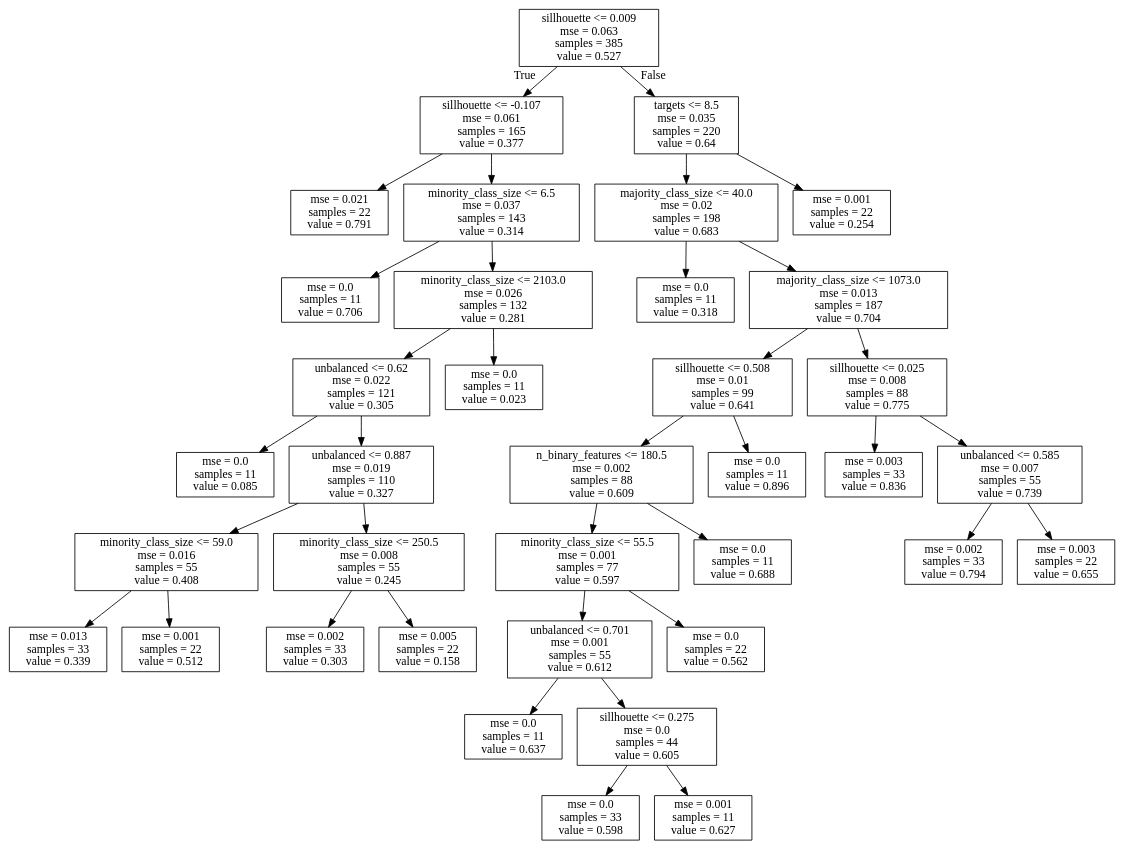
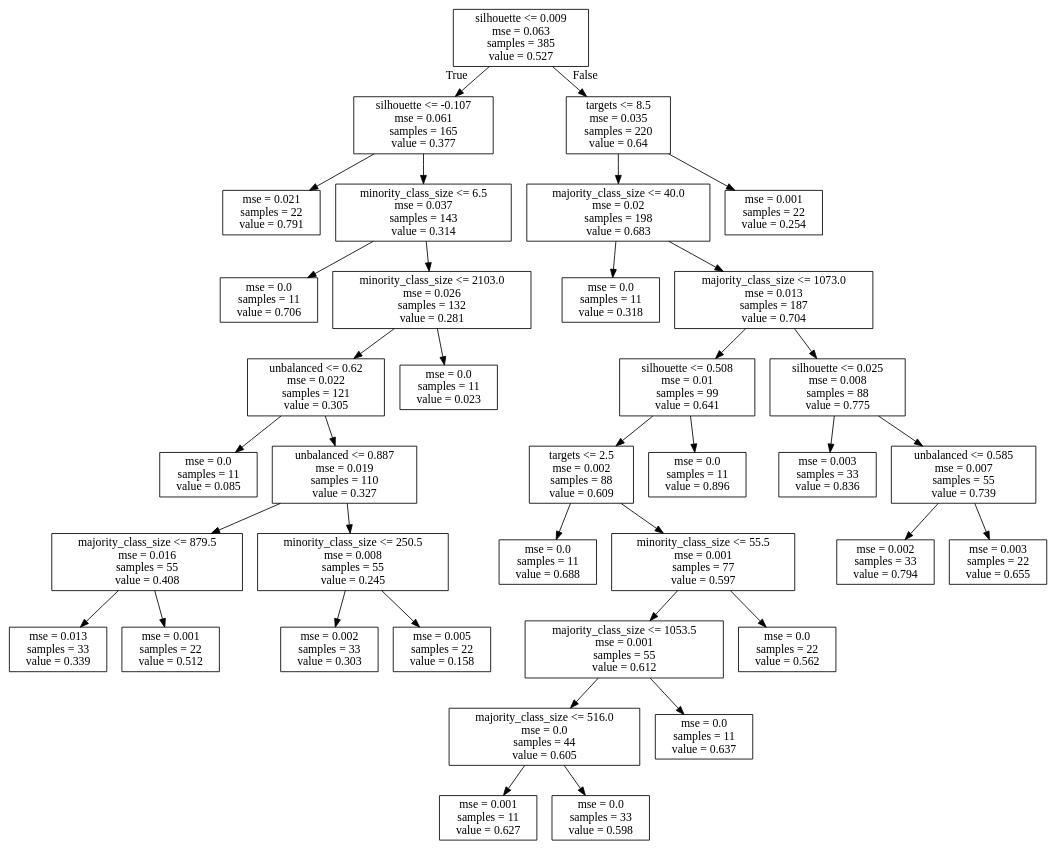
One commit to rsboos/DistributedClassifier changed the diagram in analysis/learning/regression/results/trees/arb_svc_mdic_f1_scores.dot. Above: the diagram before and after it, drawn with Graphviz. The commit also changed 147 other files, not shown here.

```diff
--- a/analysis/learning/regression/results/trees/arb_svc_mdic_f1_scores.dot
+++ b/analysis/learning/regression/results/trees/arb_svc_mdic_f1_scores.dot
@@ -1,76 +1,76 @@
 digraph Tree {
 node [shape=box] ;
-0 [label="sillhouette <= 0.009\nmse = 0.063\nsamples = 385\nvalue = 0.527"] ;
-1 [label="sillhouette <= -0.107\nmse = 0.061\nsamples = 165\nvalue = 0.377"] ;
+0 [label="silhouette <= 0.009\nmse = 0.063\nsamples = 385\nvalue = 0.527"] ;
+1 [label="silhouette <= -0.107\nmse = 0.061\nsamples = 165\nvalue = 0.377"] ;
 0 -> 1 [labeldistance=2.5, labelangle=45, headlabel="True"] ;
 2 [label="mse = 0.021\nsamples = 22\nvalue = 0.791"] ;
 1 -> 2 ;
 3 [label="minority_class_size <= 6.5\nmse = 0.037\nsamples = 143\nvalue = 0.314"] ;
 1 -> 3 ;
 4 [label="mse = 0.0\nsamples = 11\nvalue = 0.706"] ;
 3 -> 4 ;
 5 [label="minority_class_size <= 2103.0\nmse = 0.026\nsamples = 132\nvalue = 0.281"] ;
 3 -> 5 ;
 6 [label="unbalanced <= 0.62\nmse = 0.022\nsamples = 121\nvalue = 0.305"] ;
 5 -> 6 ;
 7 [label="mse = 0.0\nsamples = 11\nvalue = 0.085"] ;
 6 -> 7 ;
 8 [label="unbalanced <= 0.887\nmse = 0.019\nsamples = 110\nvalue = 0.327"] ;
 6 -> 8 ;
-9 [label="minority_class_size <= 59.0\nmse = 0.016\nsamples = 55\nvalue = 0.408"] ;
+9 [label="majority_class_size <= 879.5\nmse = 0.016\nsamples = 55\nvalue = 0.408"] ;
 8 -> 9 ;
 10 [label="mse = 0.013\nsamples = 33\nvalue = 0.339"] ;
 9 -> 10 ;
 11 [label="mse = 0.001\nsamples = 22\nvalue = 0.512"] ;
 9 -> 11 ;
 12 [label="minority_class_size <= 250.5\nmse = 0.008\nsamples = 55\nvalue = 0.245"] ;
 8 -> 12 ;
 13 [label="mse = 0.002\nsamples = 33\nvalue = 0.303"] ;
 12 -> 13 ;
 14 [label="mse = 0.005\nsamples = 22\nvalue = 0.158"] ;
 12 -> 14 ;
 15 [label="mse = 0.0\nsamples = 11\nvalue = 0.023"] ;
 5 -> 15 ;
 16 [label="targets <= 8.5\nmse = 0.035\nsamples = 220\nvalue = 0.64"] ;
 0 -> 16 [labeldistance=2.5, labelangle=-45, headlabel="False"] ;
 17 [label="majority_class_size <= 40.0\nmse = 0.02\nsamples = 198\nvalue = 0.683"] ;
 16 -> 17 ;
 18 [label="mse = 0.0\nsamples = 11\nvalue = 0.318"] ;
 17 -> 18 ;
 19 [label="majority_class_size <= 1073.0\nmse = 0.013\nsamples = 187\nvalue = 0.704"] ;
 17 -> 19 ;
-20 [label="sillhouette <= 0.508\nmse = 0.01\nsamples = 99\nvalue = 0.641"] ;
+20 [label="silhouette <= 0.508\nmse = 0.01\nsamples = 99\nvalue = 0.641"] ;
 19 -> 20 ;
-21 [label="n_binary_features <= 180.5\nmse = 0.002\nsamples = 88\nvalue = 0.609"] ;
+21 [label="targets <= 2.5\nmse = 0.002\nsamples = 88\nvalue = 0.609"] ;
 20 -> 21 ;
-22 [label="minority_class_size <= 55.5\nmse = 0.001\nsamples = 77\nvalue = 0.597"] ;
+22 [label="mse = 0.0\nsamples = 11\nvalue = 0.688"] ;
 21 -> 22 ;
-23 [label="unbalanced <= 0.701\nmse = 0.001\nsamples = 55\nvalue = 0.612"] ;
-22 -> 23 ;
-24 [label="mse = 0.0\nsamples = 11\nvalue = 0.637"] ;
+23 [label="minority_class_size <= 55.5\nmse = 0.001\nsamples = 77\nvalue = 0.597"] ;
+21 -> 23 ;
+24 [label="majority_class_size <= 1053.5\nmse = 0.001\nsamples = 55\nvalue = 0.612"] ;
 23 -> 24 ;
-25 [label="sillhouette <= 0.275\nmse = 0.0\nsamples = 44\nvalue = 0.605"] ;
-23 -> 25 ;
-26 [label="mse = 0.0\nsamples = 33\nvalue = 0.598"] ;
+25 [label="majority_class_size <= 516.0\nmse = 0.0\nsamples = 44\nvalue = 0.605"] ;
+24 -> 25 ;
+26 [label="mse = 0.001\nsamples = 11\nvalue = 0.627"] ;
 25 -> 26 ;
-27 [label="mse = 0.001\nsamples = 11\nvalue = 0.627"] ;
+27 [label="mse = 0.0\nsamples = 33\nvalue = 0.598"] ;
 25 -> 27 ;
-28 [label="mse = 0.0\nsamples = 22\nvalue = 0.562"] ;
-22 -> 28 ;
-29 [label="mse = 0.0\nsamples = 11\nvalue = 0.688"] ;
-21 -> 29 ;
+28 [label="mse = 0.0\nsamples = 11\nvalue = 0.637"] ;
+24 -> 28 ;
+29 [label="mse = 0.0\nsamples = 22\nvalue = 0.562"] ;
+23 -> 29 ;
 30 [label="mse = 0.0\nsamples = 11\nvalue = 0.896"] ;
 20 -> 30 ;
-31 [label="sillhouette <= 0.025\nmse = 0.008\nsamples = 88\nvalue = 0.775"] ;
+31 [label="silhouette <= 0.025\nmse = 0.008\nsamples = 88\nvalue = 0.775"] ;
 19 -> 31 ;
 32 [label="mse = 0.003\nsamples = 33\nvalue = 0.836"] ;
 31 -> 32 ;
 33 [label="unbalanced <= 0.585\nmse = 0.007\nsamples = 55\nvalue = 0.739"] ;
 31 -> 33 ;
 34 [label="mse = 0.002\nsamples = 33\nvalue = 0.794"] ;
 33 -> 34 ;
 35 [label="mse = 0.003\nsamples = 22\nvalue = 0.655"] ;
 33 -> 35 ;
 36 [label="mse = 0.001\nsamples = 22\nvalue = 0.254"] ;
 16 -> 36 ;
 }
```
